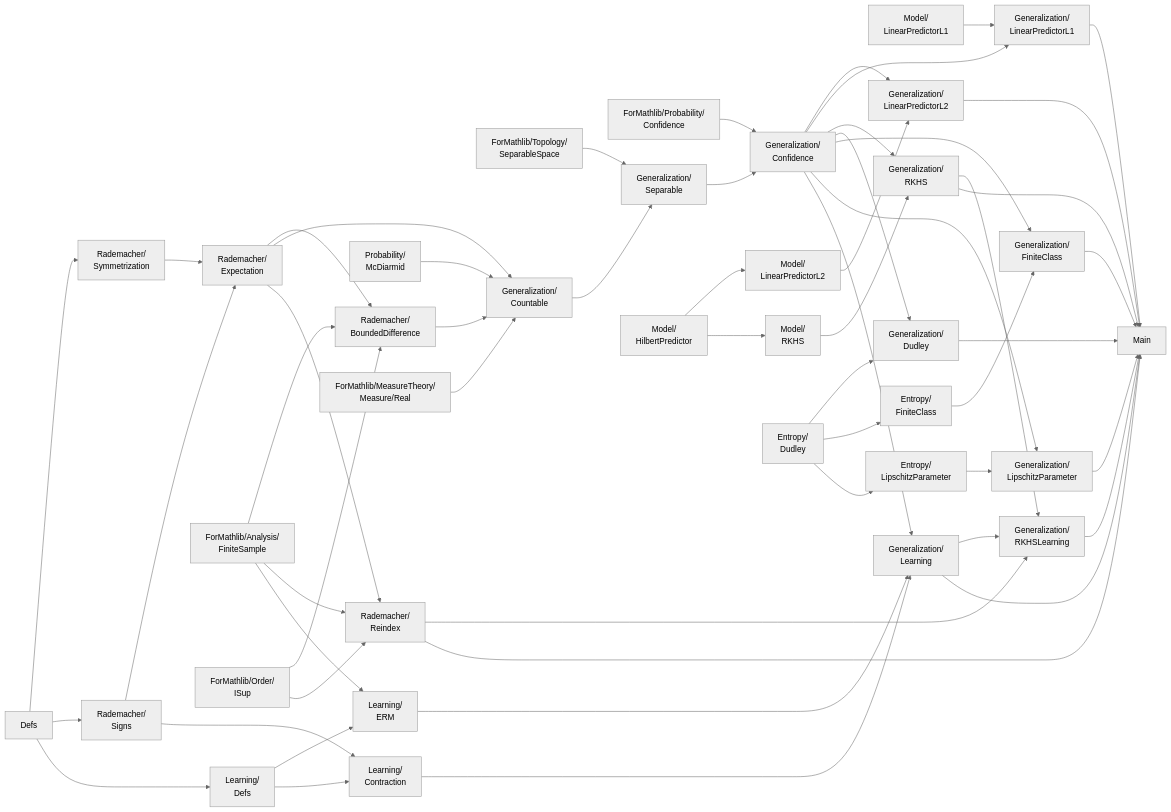
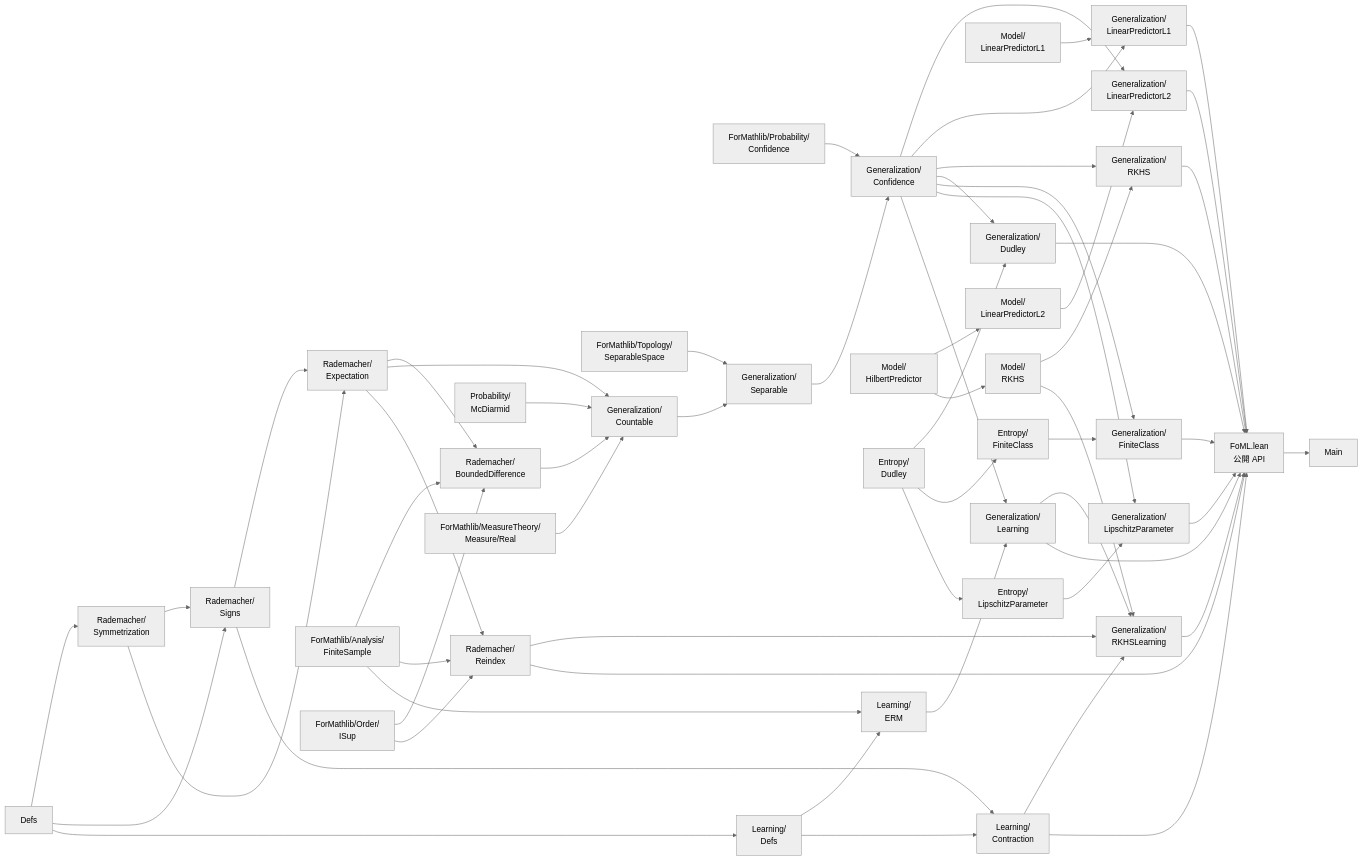
Before and after one commit to auto-res/lean-rademacher: the first of 2 diagrams in note/summary.md, drawn with Mermaid (neutral theme). The commit also changed other lines of this file, not shown here.

````diff
--- a/note/summary.md
+++ b/note/summary.md
@@ -79,10 +83,12 @@
     erm["Learning/<br/>ERM"]
     contraction["Learning/<br/>Contraction"]
     learningGen["Generalization/<br/>Learning"]
+    api["FoML.lean<br/>公開 API"]
     main["Main"]
 
     defs --> symm
     defs --> rademacherProperty
+    symm --> rademacherProperty
     rademacherProperty --> rademacher
     symm --> rademacher
     rademacher --> boundedDiff
@@ -123,19 +129,21 @@
     rademacherProperty --> contraction
     learningDefs --> contraction
     erm --> learningGen
-    contraction --> learningGen
     confidence --> learningGen
-    rkhsGen --> rkhsLearning
+    contraction --> rkhsLearning
+    rkhs --> rkhsLearning
     learningGen --> rkhsLearning
     reindex --> rkhsLearning
 
-    l2Gen --> main
-    l1Gen --> main
-    rkhsGen --> main
-    rkhsLearning --> main
-    dudleyGen --> main
-    finiteGen --> main
-    lipschitzGen --> main
-    learningGen --> main
-    reindex --> main
+    l2Gen --> api
+    l1Gen --> api
+    rkhsGen --> api
+    rkhsLearning --> api
+    dudleyGen --> api
+    finiteGen --> api
+    lipschitzGen --> api
+    learningGen --> api
+    contraction --> api
+    reindex --> api
+    api --> main
 ```
````
